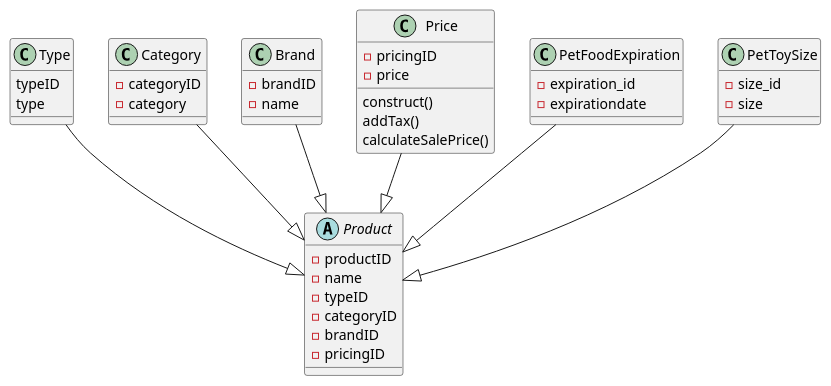
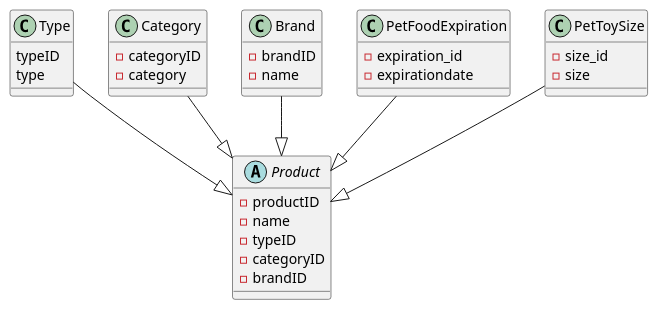
One commit to aysegulaksu/block3-adv-web changed the diagram in project01/project01-sql-md-puml-files/tables.puml. Above: the diagram before and after it, drawn with PlantUML. The commit also changed 42 other files, not shown here.

```diff
--- a/project01/project01-sql-md-puml-files/tables.puml
+++ b/project01/project01-sql-md-puml-files/tables.puml
@@ -2,50 +2,41 @@
 @startuml
 Type --|> Product
 Category --|> Product
 Brand --|> Product
- Price --|> Product 
 PetFoodExpiration --|> Product
 PetToySize --|> Product
 
 abstract class Product {
   -productID
   -name
   -typeID
   -categoryID
   -brandID
-  -pricingID
 }
 
 class Type {
   typeID
   type
 }
 
 class Category {
   -categoryID
   -category
 }
 
 class Brand {
   -brandID
   -name
 }
-class Price {
-  -pricingID
-  -price
-  construct()
-  addTax()
-  calculateSalePrice()
-  }
 
 class PetFoodExpiration {
   -expiration_id
   -expirationdate
 }
 
 class PetToySize {
   -size_id
   -size
 }
 
 @enduml
```
